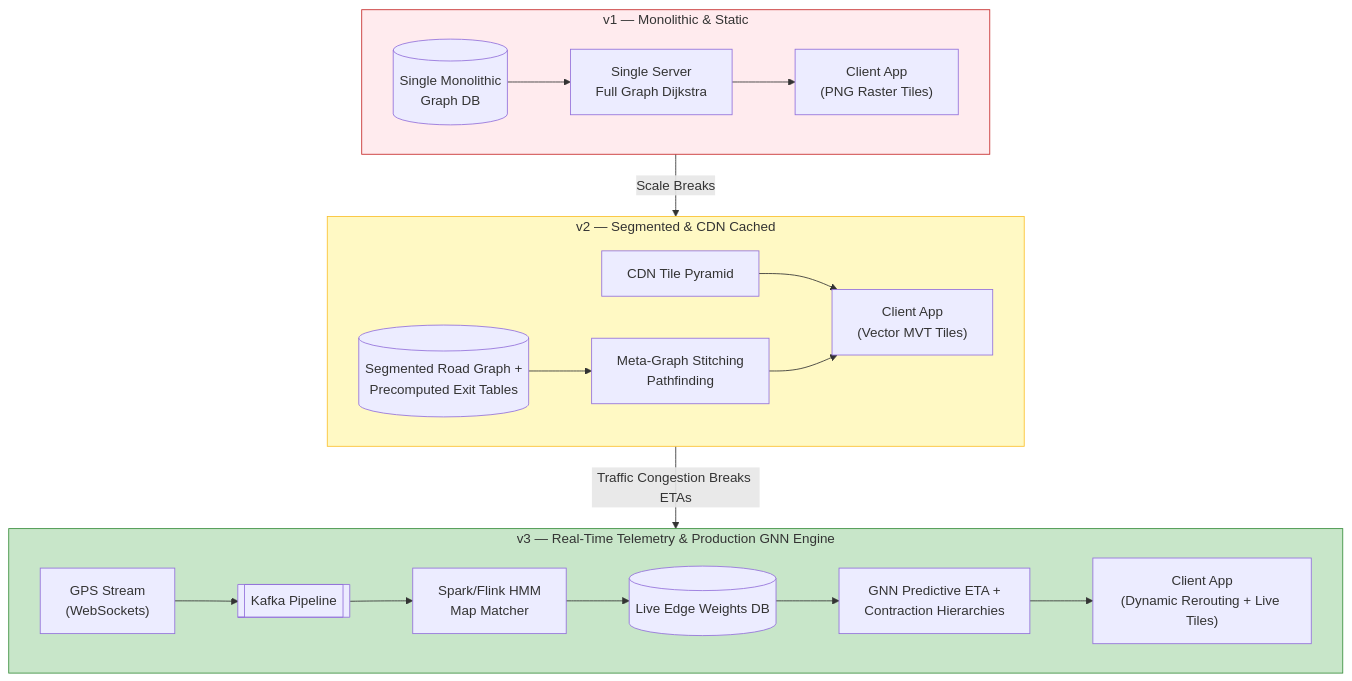
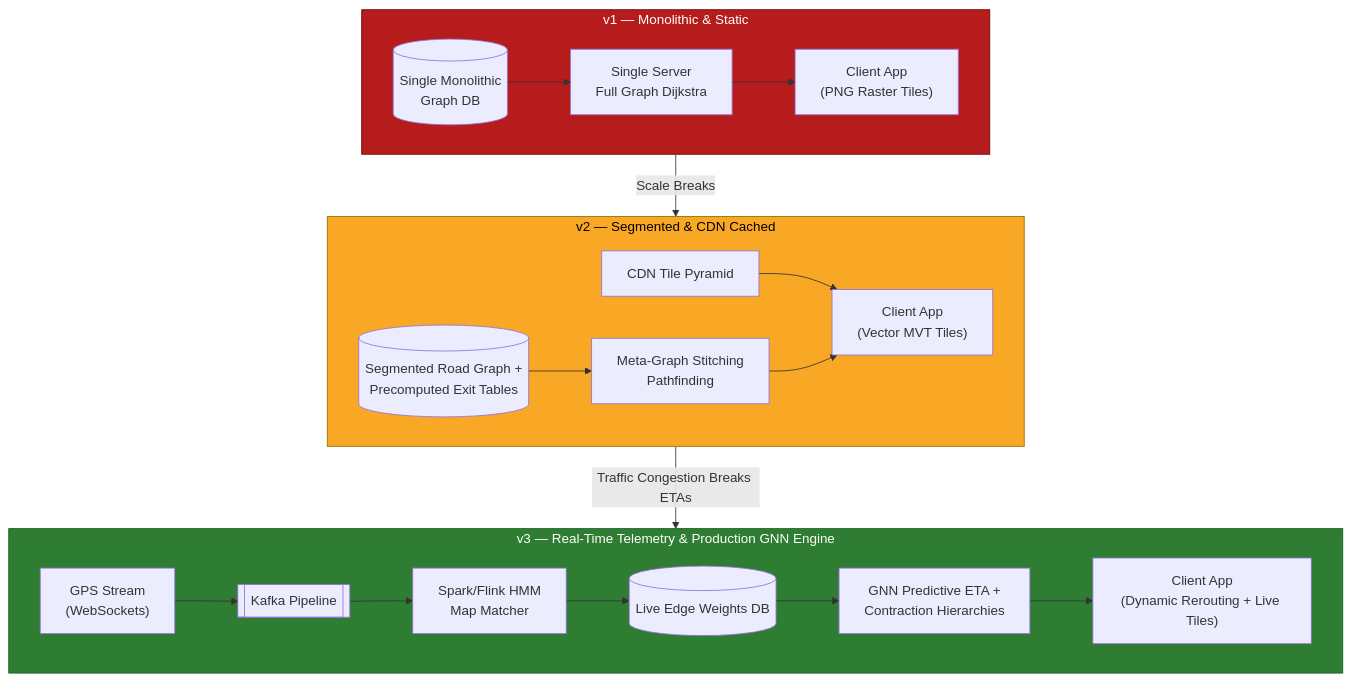
Before and after one commit to riyaz-pasha/Learnings: the fourth of 27 diagrams in system-design/HLD/0-course/28-Design Google Maps-FAANG-Guide.md, drawn with Mermaid. The commit also changed other lines of this file and 1 other file, not shown here.

First line of the commit message:
[HLD] Make Google Maps guide mermaid diagram colors theme-safe

````diff
--- a/system-design/HLD/0-course/28-Design Google Maps-FAANG-Guide.md
+++ b/system-design/HLD/0-course/28-Design Google Maps-FAANG-Guide.md
@@ -303,28 +303,28 @@
 ```mermaid
 flowchart TD
     subgraph V1["v1 — Monolithic & Static"]
         v1_DB[("Single Monolithic<br/>Graph DB")] --> v1_Engine["Single Server<br/>Full Graph Dijkstra"]
         v1_Engine --> v1_Client["Client App<br/>(PNG Raster Tiles)"]
     end
 
     subgraph V2["v2 — Segmented & CDN Cached"]
         v2_Seg[("Segmented Road Graph +<br/>Precomputed Exit Tables")] --> v2_Meta["Meta-Graph Stitching<br/>Pathfinding"]
         v2_CDN["CDN Tile Pyramid"] --> v2_Client["Client App<br/>(Vector MVT Tiles)"]
         v2_Meta --> v2_Client
     end
 
     subgraph V3["v3 — Real-Time Telemetry & Production GNN Engine"]
         v3_GPS["GPS Stream<br/>(WebSockets)"] --> v3_Kafka[["Kafka Pipeline"]]
         v3_Kafka --> v3_Spark["Spark/Flink HMM<br/>Map Matcher"]
         v3_Spark --> v3_LiveGraph[("Live Edge Weights DB")]
         v3_LiveGraph --> v3_GNN["GNN Predictive ETA +<br/>Contraction Hierarchies"]
         v3_GNN --> v3_Client["Client App<br/>(Dynamic Rerouting + Live Tiles)"]
     end
 
     V1 -->|"Scale Breaks"| V2
     V2 -->|"Traffic Congestion Breaks ETAs"| V3
 
-    style V1 fill:#ffebee,stroke:#c62828
-    style V2 fill:#fff9c4,stroke:#fbc02d
-    style V3 fill:#c8e6c9,stroke:#388e3c
+    style V1 fill:#b71c1c,stroke:#6e0000,color:#ffffff
+    style V2 fill:#f9a825,stroke:#8d6e00,color:#000000
+    style V3 fill:#2e7d32,stroke:#1b5e20,color:#ffffff
 ```
````
